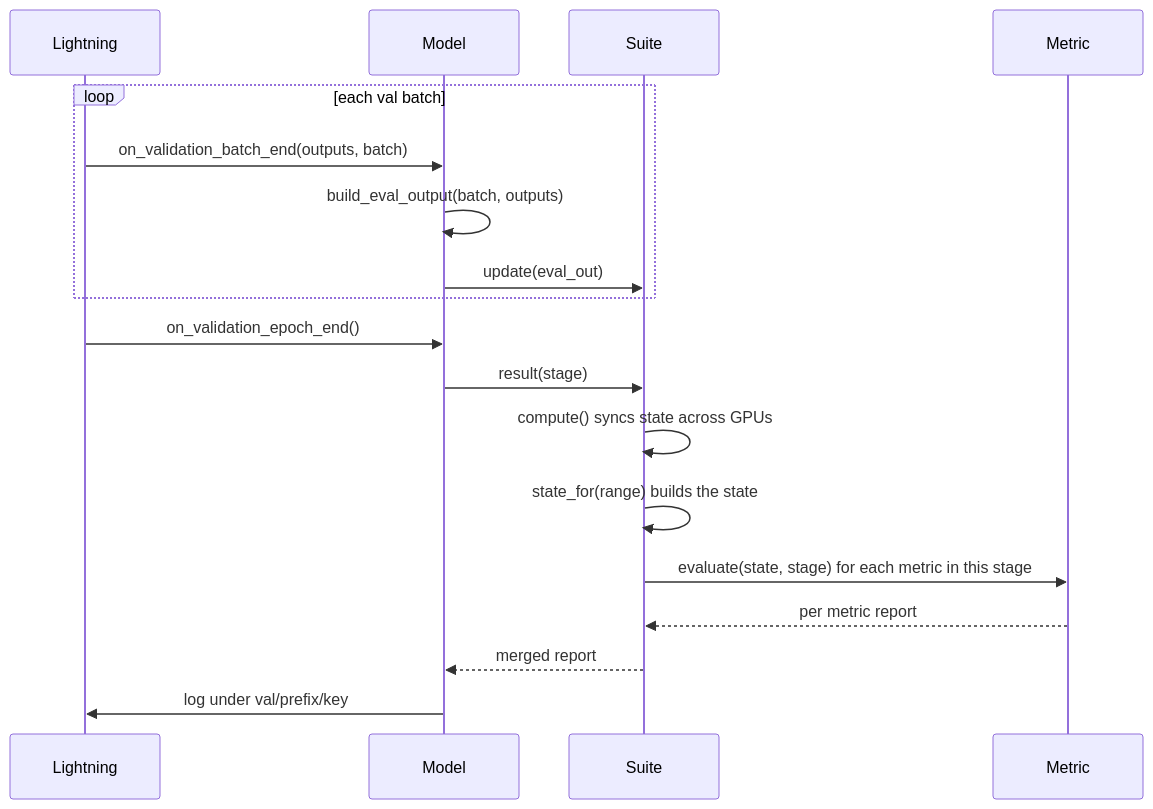
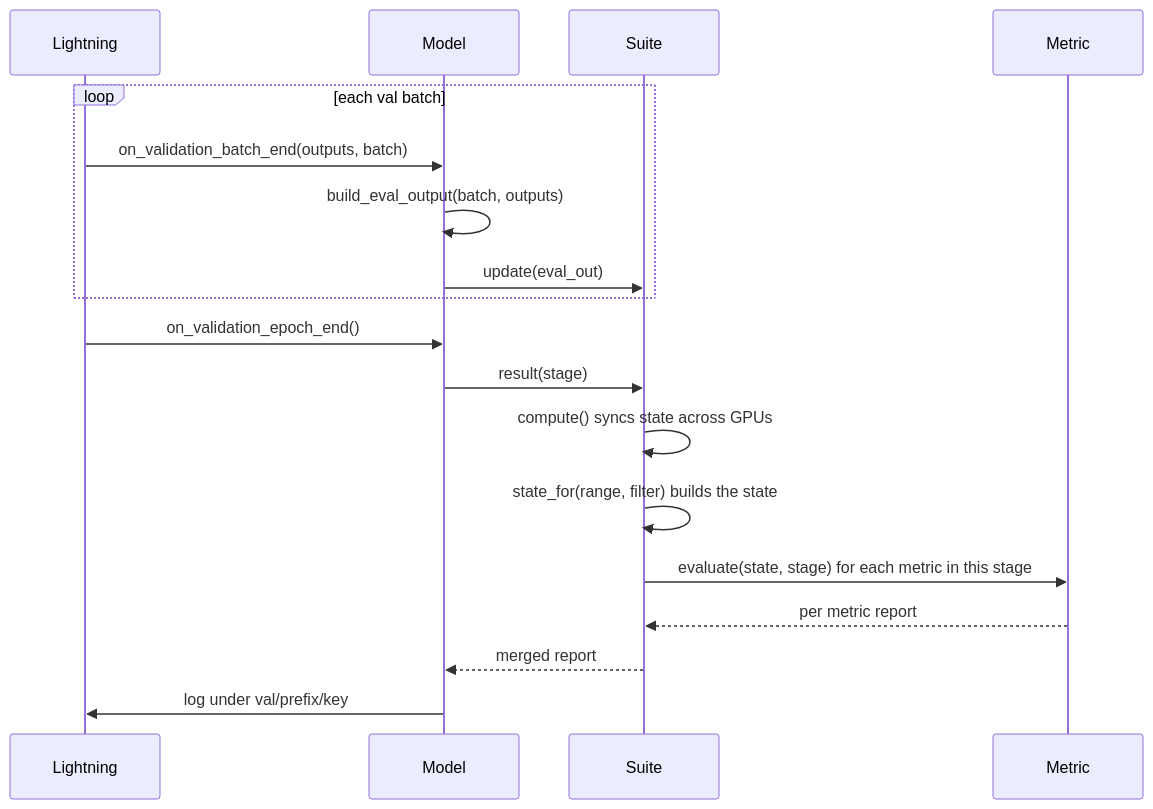
The first of 2 diagrams in docs/framework/metrics.md (tier4/autoware-ml), drawn with Mermaid before and after one commit. The commit also changed other lines of this file, not shown here.

````diff
--- a/docs/framework/metrics.md
+++ b/docs/framework/metrics.md
@@ -49,20 +75,20 @@
 ```mermaid
 sequenceDiagram
     participant L as Lightning
     participant M as Model
     participant S as Suite
     participant Me as Metric
     loop each val batch
         L->>M: on_validation_batch_end(outputs, batch)
         M->>M: build_eval_output(batch, outputs)
         M->>S: update(eval_out)
     end
     L->>M: on_validation_epoch_end()
     M->>S: result(stage)
     S->>S: compute() syncs state across GPUs
-    S->>S: state_for(range) builds the state
+    S->>S: state_for(range, filter) builds the state
     S->>Me: evaluate(state, stage) for each metric in this stage
     Me-->>S: per metric report
     S-->>M: merged report
     M->>L: log under val/prefix/key
 ```
````
